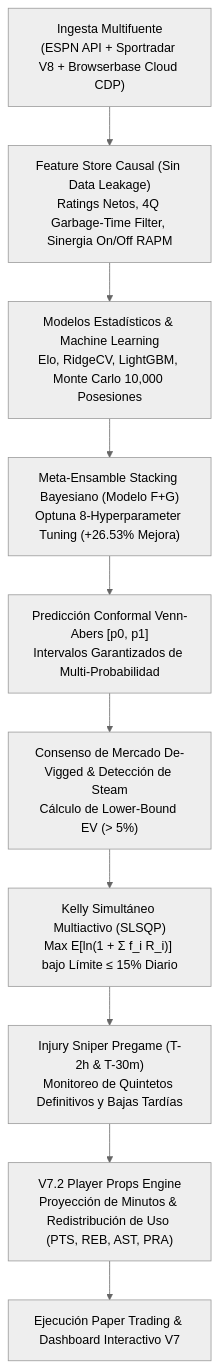
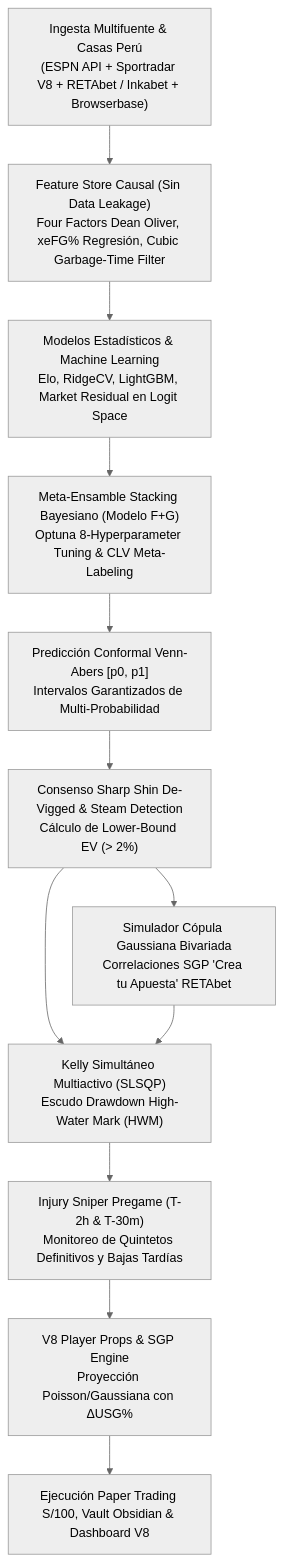
The diagram in README.md (Drewks/nba-betting-intelligence), drawn with Mermaid (neutral theme) before and after one commit. The commit also changed other lines of this file and 32 other files, not shown here.

Commit message:
feat(v8): promote to V8 official with Drawdown Kelly Shield, RETAbet SGP, and fixed Pages deployment

````diff
--- a/README.md
+++ b/README.md
@@ -12,12 +12,15 @@
 ```mermaid
 flowchart TD
-    Ingest["Ingesta Multifuente\n(ESPN API + Sportradar V8 + Browserbase Cloud CDP)"] --> Feat["Feature Store Causal (Sin Data Leakage)\nRatings Netos, 4Q Garbage-Time Filter, Sinergia On/Off RAPM"]
-    Feat --> Models["Modelos Estadísticos & Machine Learning\nElo, RidgeCV, LightGBM, Monte Carlo 10,000 Posesiones"]
-    Models --> Meta["Meta-Ensamble Stacking Bayesiano (Modelo F+G)\nOptuna 8-Hyperparameter Tuning (+26.53% Mejora)"]
+    Ingest["Ingesta Multifuente & Casas Perú\n(ESPN API + Sportradar V8 + RETAbet / Inkabet + Browserbase)"] --> Feat["Feature Store Causal (Sin Data Leakage)\nFour Factors Dean Oliver, xeFG% Regresión, Cubic Garbage-Time Filter"]
+    Feat --> Models["Modelos Estadísticos & Machine Learning\nElo, RidgeCV, LightGBM, Market Residual en Logit Space"]
+    Models --> Meta["Meta-Ensamble Stacking Bayesiano (Modelo F+G)\nOptuna 8-Hyperparameter Tuning & CLV Meta-Labeling"]
     Meta --> Conformal["Predicción Conformal Venn-Abers [p0, p1]\nIntervalos Garantizados de Multi-Probabilidad"]
-    Conformal --> Market["Consenso de Mercado De-Vigged & Detección de Steam\nCálculo de Lower-Bound EV (> 5%)"]
-    Market --> Sizing["Kelly Simultáneo Multiactivo (SLSQP)\nMax E[ln(1 + Σ f_i R_i)] bajo Límite ≤ 15% Diario"]
+    MarketCons["Consenso Sharp Shin De-Vigged & Steam Detection\nCálculo de Lower-Bound EV (> 2%)"]
+    Conformal --> MarketCons
+    MarketCons --> Copula["Simulador Cópula Gaussiana Bivariada\nCorrelaciones SGP 'Crea tu Apuesta' RETAbet"]
+    MarketCons --> Sizing["Kelly Simultáneo Multiactivo (SLSQP)\nEscudo Drawdown High-Water Mark (HWM)"]
+    Copula --> Sizing
     Sizing --> Sniper["Injury Sniper Pregame (T-2h & T-30m)\nMonitoreo de Quintetos Definitivos y Bajas Tardías"]
-    Sniper --> Props["V7.2 Player Props Engine\nProyección de Minutos & Redistribución de Uso (PTS, REB, AST, PRA)"]
-    Props --> Exec["Ejecución Paper Trading & Dashboard Interactivo V7"]
+    Sniper --> Props["V8 Player Props & SGP Engine\nProyección Poisson/Gaussiana con ΔUSG%"]
+    Props --> Exec["Ejecución Paper Trading S/100, Vault Obsidian & Dashboard V8"]
 ```
````
